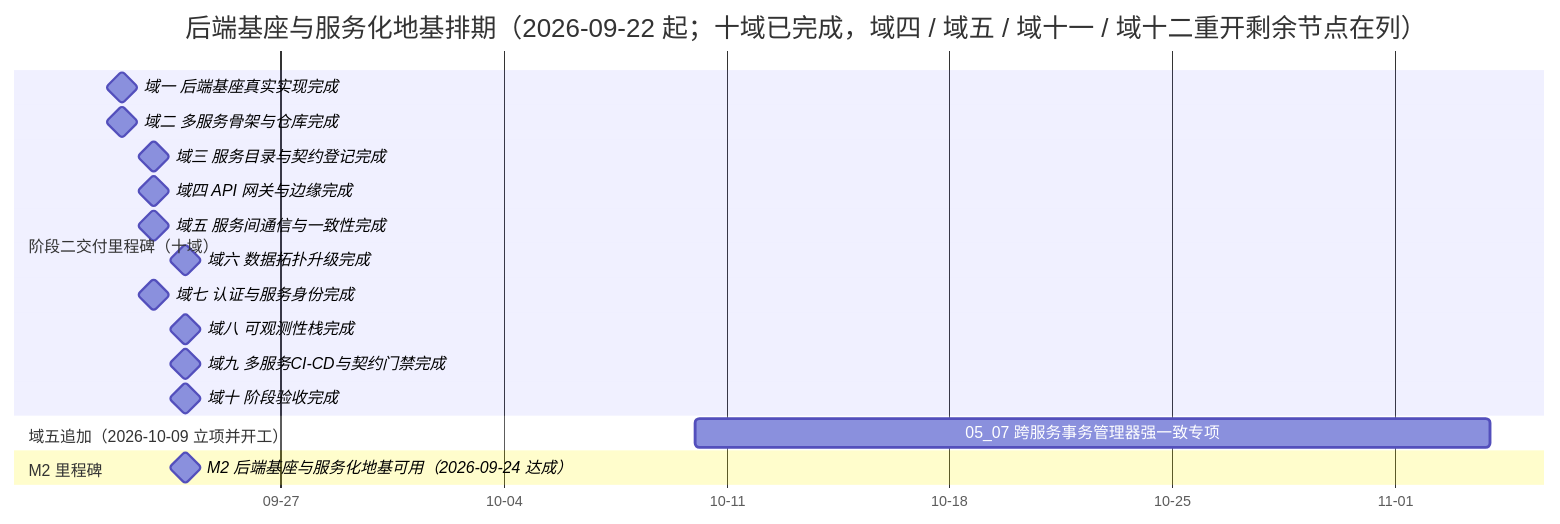
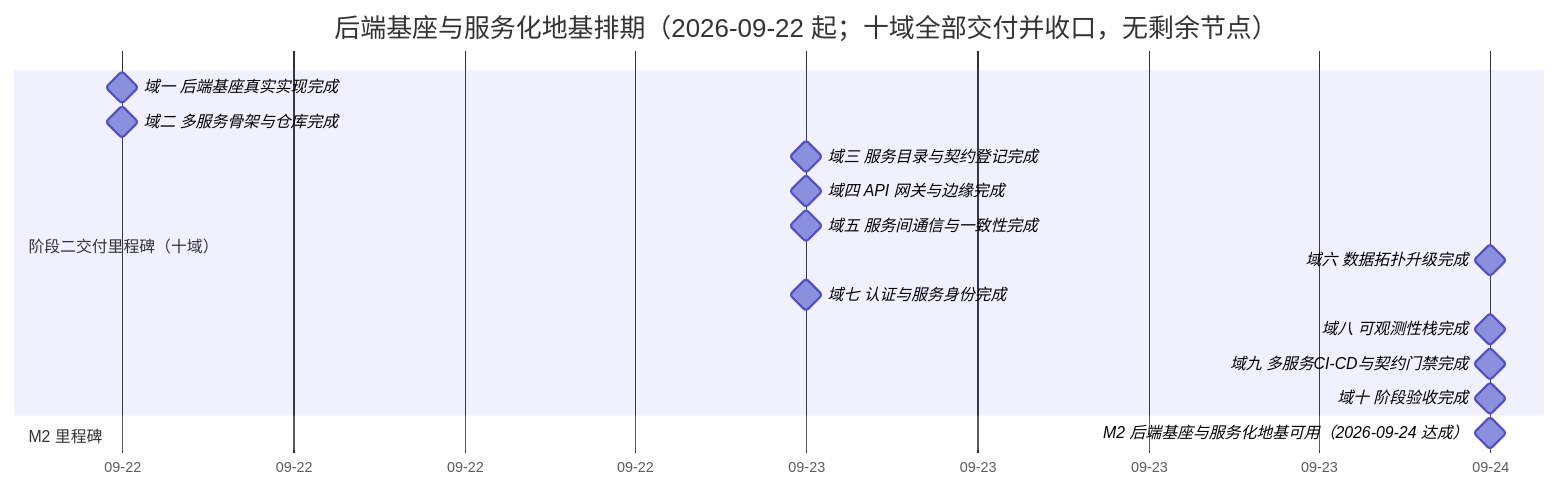
The diagram in bms文档/项目/02_后端基座与服务化地基/计划/01_计划_后端基座与服务化地基.md (minjian123/basic-management-system), drawn with Mermaid before and after one commit. The commit also changed other lines of this file and 3 other files, not shown here.

````diff
--- a/bms文档/项目/02_后端基座与服务化地基/计划/01_计划_后端基座与服务化地基.md
+++ b/bms文档/项目/02_后端基座与服务化地基/计划/01_计划_后端基座与服务化地基.md
@@ -77,21 +77,19 @@
 ```mermaid
 gantt
-    title 后端基座与服务化地基排期（2026-09-22 起；十域已完成，域四 / 域五 / 域十一 / 域十二重开剩余节点在列）
+    title 后端基座与服务化地基排期（2026-09-22 起；十域全部交付并收口，无剩余节点）
     dateFormat  YYYY-MM-DD
     axisFormat %m-%d
     section 阶段二交付里程碑（十域）
     域一 后端基座真实实现完成 :milestone, m01, 2026-09-22, 0d
     域二 多服务骨架与仓库完成 :milestone, m02, 2026-09-22, 0d
     域三 服务目录与契约登记完成 :milestone, m03, 2026-09-23, 0d
     域四 API 网关与边缘完成 :milestone, m04, 2026-09-23, 0d
     域五 服务间通信与一致性完成 :milestone, m05, 2026-09-23, 0d
     域六 数据拓扑升级完成 :milestone, m06, 2026-09-24, 0d
     域七 认证与服务身份完成 :milestone, m07, 2026-09-23, 0d
     域八 可观测性栈完成 :milestone, m08, 2026-09-24, 0d
     域九 多服务CI-CD与契约门禁完成 :milestone, m09, 2026-09-24, 0d
     域十 阶段验收完成 :milestone, m10, 2026-09-24, 0d
-    section 域五追加（2026-10-09 立项并开工）
-    05_07 跨服务事务管理器强一致专项 :t0507, 2026-10-10, 25d
     section M2 里程碑
     M2 后端基座与服务化地基可用（2026-09-24 达成） :milestone, mm2, 2026-09-24, 0d
 ```
````
